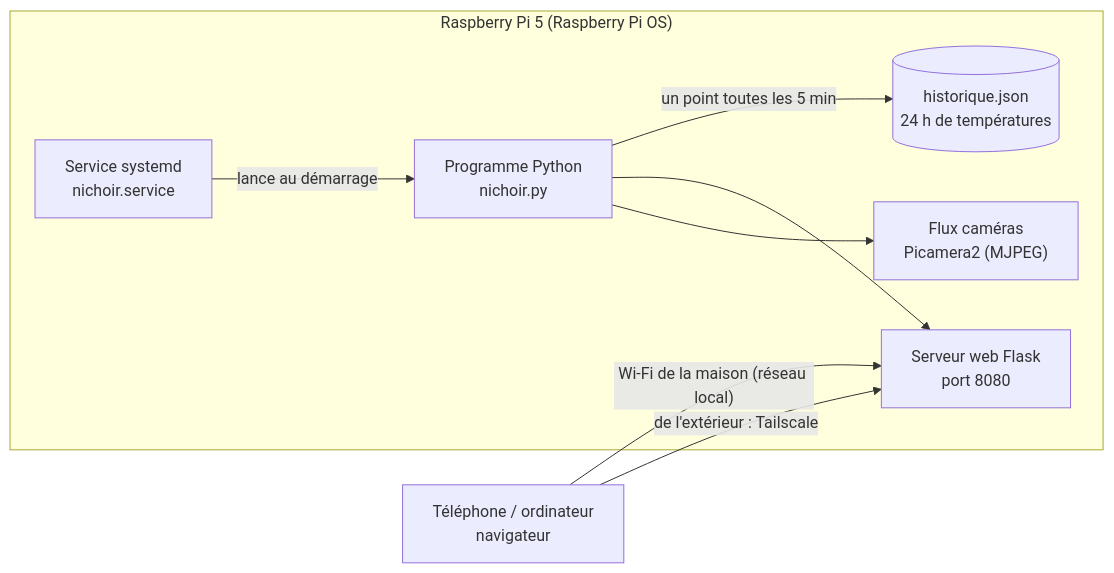
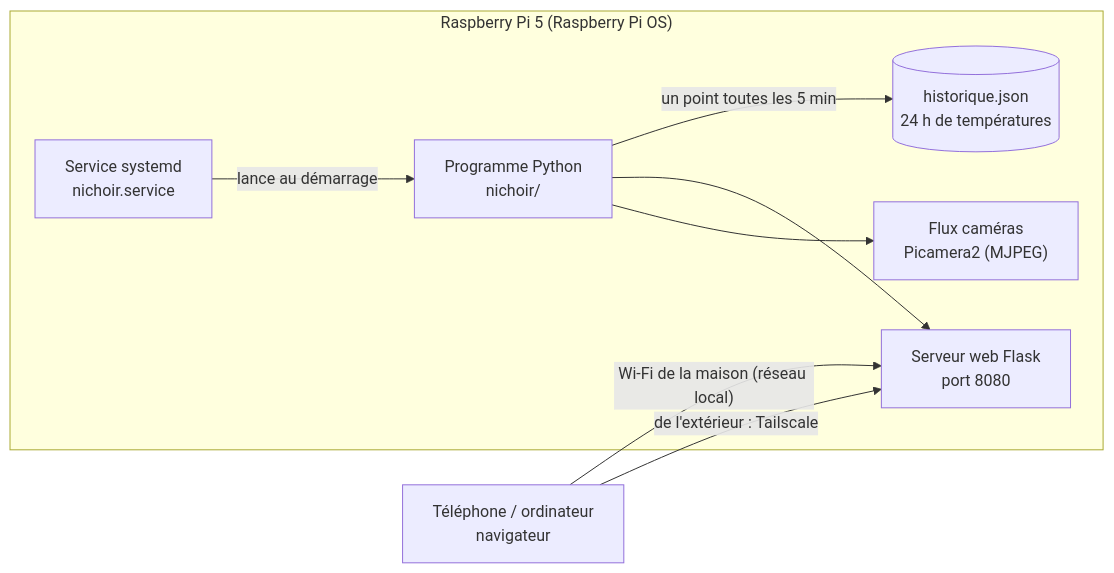
The diagram in docs/logiciel.md (mathieujullien77190/birds), drawn with Mermaid before and after one commit. The commit also changed other lines of this file and 40 other files, not shown here.

````diff
--- a/docs/logiciel.md
+++ b/docs/logiciel.md
@@ -11,17 +11,17 @@
 ```mermaid
 flowchart LR
   subgraph PI["Raspberry Pi 5 (Raspberry Pi OS)"]
     SVC["Service systemd<br/>nichoir.service"]
-    APP["Programme Python<br/>nichoir.py"]
+    APP["Programme Python<br/>nichoir/"]
     HIS[("historique.json<br/>24 h de températures")]
     WEB["Serveur web Flask<br/>port 8080"]
     CAM["Flux caméras<br/>Picamera2 (MJPEG)"]
   end
   TEL["Téléphone / ordinateur<br/>navigateur"]
   SVC -->|"lance au démarrage"| APP
   APP -->|"un point toutes les 5 min"| HIS
   APP --> WEB
   APP --> CAM
   TEL -->|"Wi-Fi de la maison (réseau local)"| WEB
   TEL -->|"de l'extérieur : Tailscale"| WEB
 ```
````
